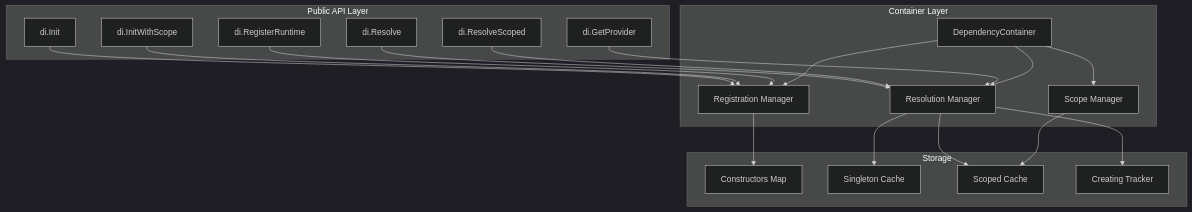
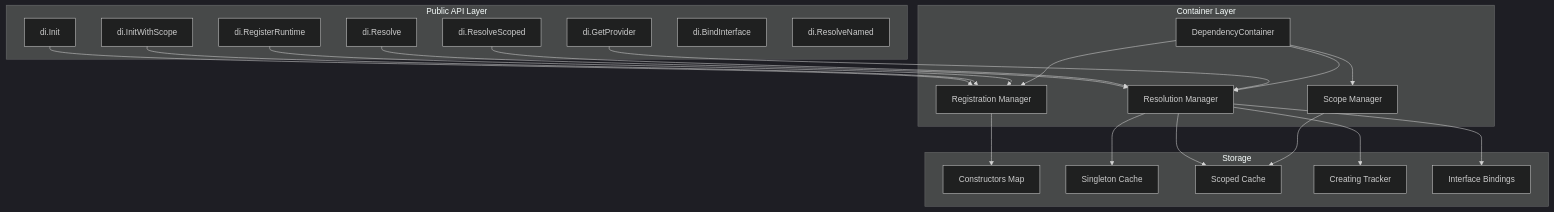
One commit to binodta/depWeaver changed the first of 8 diagrams in ARCHITECTURE.md. Above: the diagram before and after it, drawn with Mermaid (dark theme). The commit also changed other lines of this file and 8 other files, not shown here.

Commit message:
feat: Implement interface and named interface binding for dependency resolution.

````diff
--- a/ARCHITECTURE.md
+++ b/ARCHITECTURE.md
@@ -7,42 +7,46 @@
 ```mermaid
 graph TB
     subgraph "Public API Layer"
         Init[di.Init]
         InitScope[di.InitWithScope]
         Resolve[di.Resolve]
         ResolveScoped[di.ResolveScoped]
         GetProvider[di.GetProvider]
         RegisterRuntime[di.RegisterRuntime]
+        BindInterface[di.BindInterface]
+        ResolveNamed[di.ResolveNamed]
     end
     
     subgraph "Container Layer"
         DC[DependencyContainer]
         RegMgr[Registration Manager]
         ResMgr[Resolution Manager]
         ScopeMgr[Scope Manager]
     end
     
     subgraph "Storage"
         Constructors[Constructors Map]
         Singletons[Singleton Cache]
         ScopedCache[Scoped Cache]
         Creating[Creating Tracker]
+        Bindings[Interface Bindings]
     end
     
     Init --> RegMgr
     InitScope --> RegMgr
     Resolve --> ResMgr
     ResolveScoped --> ResMgr
     RegisterRuntime --> RegMgr
     GetProvider --> ResMgr
     
     RegMgr --> Constructors
     ResMgr --> Singletons
     ResMgr --> ScopedCache
     ResMgr --> Creating
+    ResMgr --> Bindings
     ScopeMgr --> ScopedCache
     
     DC --> RegMgr
     DC --> ResMgr
     DC --> ScopeMgr
 ```
````
